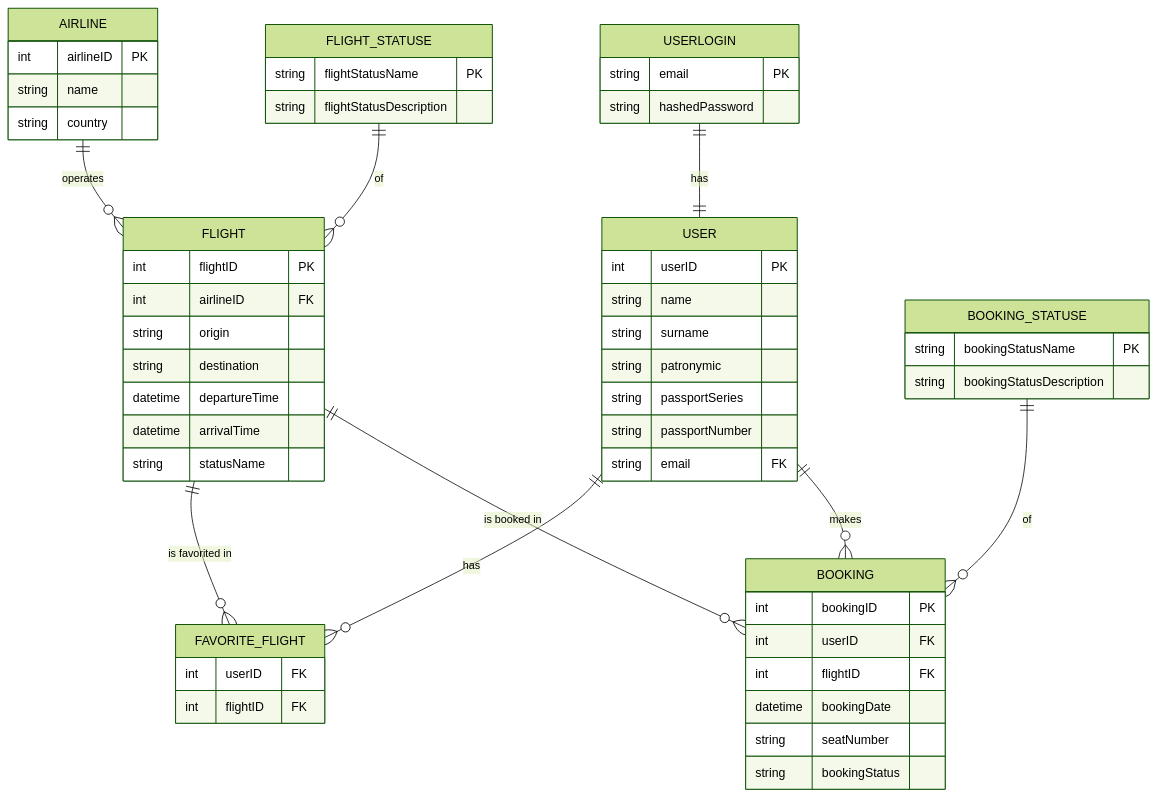
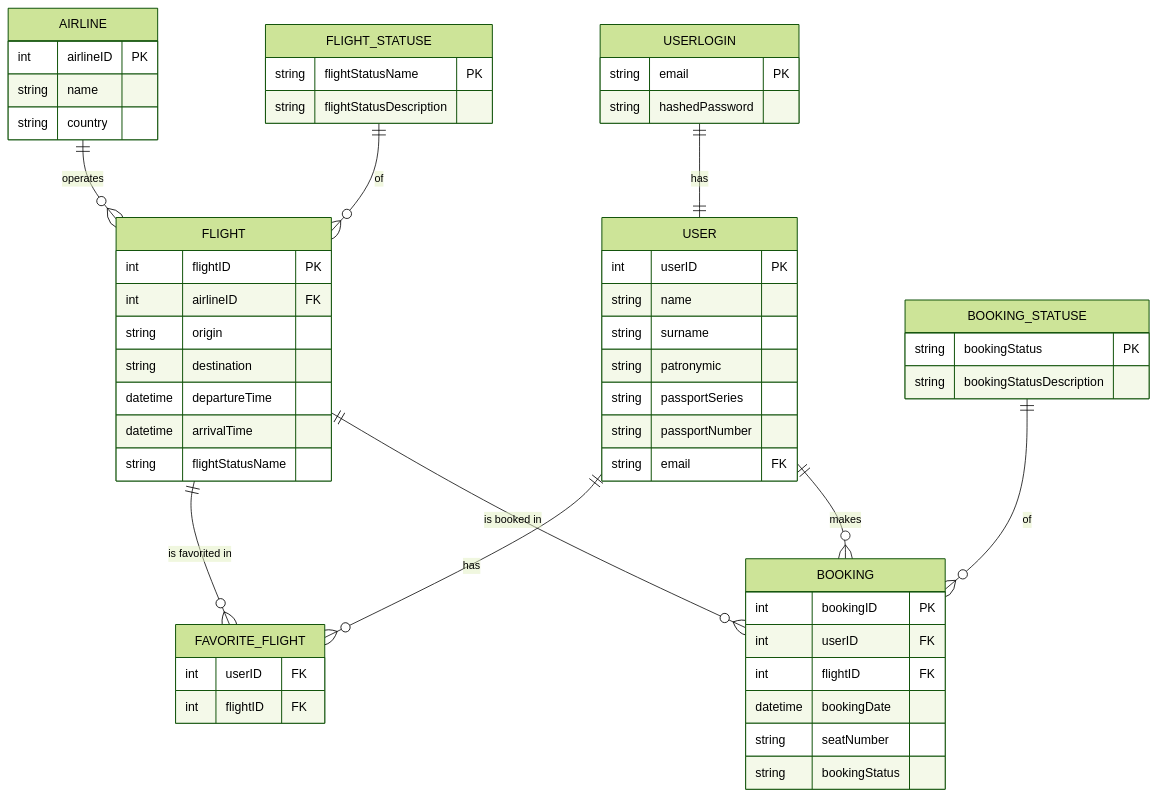
The diagram in README.md (aaanswer/AviaProject), drawn with Mermaid (forest theme) before and after one commit.

Commit message:
Update README.md
Небольшие правки в названиях столбцов

````diff
--- a/README.md
+++ b/README.md
@@ -3,66 +3,66 @@
 ```mermaid
 erDiagram
     USER {
         int userID PK
         string name
         string surname
         string patronymic
         string passportSeries
         string passportNumber
         string email FK
     }
 
     USERLOGIN {
         string email PK
         string hashedPassword
     }
 
     AIRLINE {
         int airlineID PK
         string name
         string country
     }
 
     FLIGHT {
         int flightID PK
         int airlineID FK
         string origin
         string destination
         datetime departureTime
         datetime arrivalTime
-        string statusName
+        string flightStatusName
     }
 
     FLIGHT_STATUSE {
         string flightStatusName PK
         string flightStatusDescription
     }
 
     BOOKING {
         int bookingID PK
         int userID FK
         int flightID FK
         datetime bookingDate
         string seatNumber
         string bookingStatus
     }
 
     BOOKING_STATUSE {
-        string bookingStatusName PK
+        string bookingStatus PK
         string bookingStatusDescription
     }
 
     FAVORITE_FLIGHT {
         int userID FK
         int flightID FK
     }
 
     USER ||--o{ BOOKING : "makes"
     BOOKING_STATUSE ||--o{ BOOKING : "of"
     FLIGHT_STATUSE ||--o{ FLIGHT : "of"
     USER ||--o{ FAVORITE_FLIGHT : "has"
     USERLOGIN ||--|| USER : "has"
     AIRLINE ||--o{ FLIGHT : "operates"
     FLIGHT ||--o{ BOOKING : "is booked in"
     FLIGHT ||--o{ FAVORITE_FLIGHT : "is favorited in"
 ```
````
